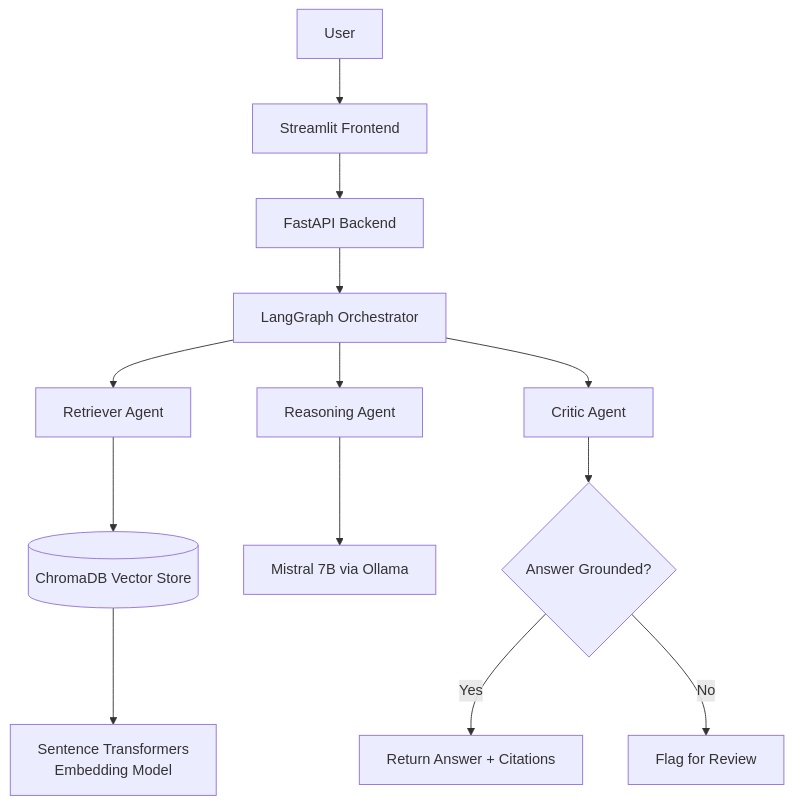
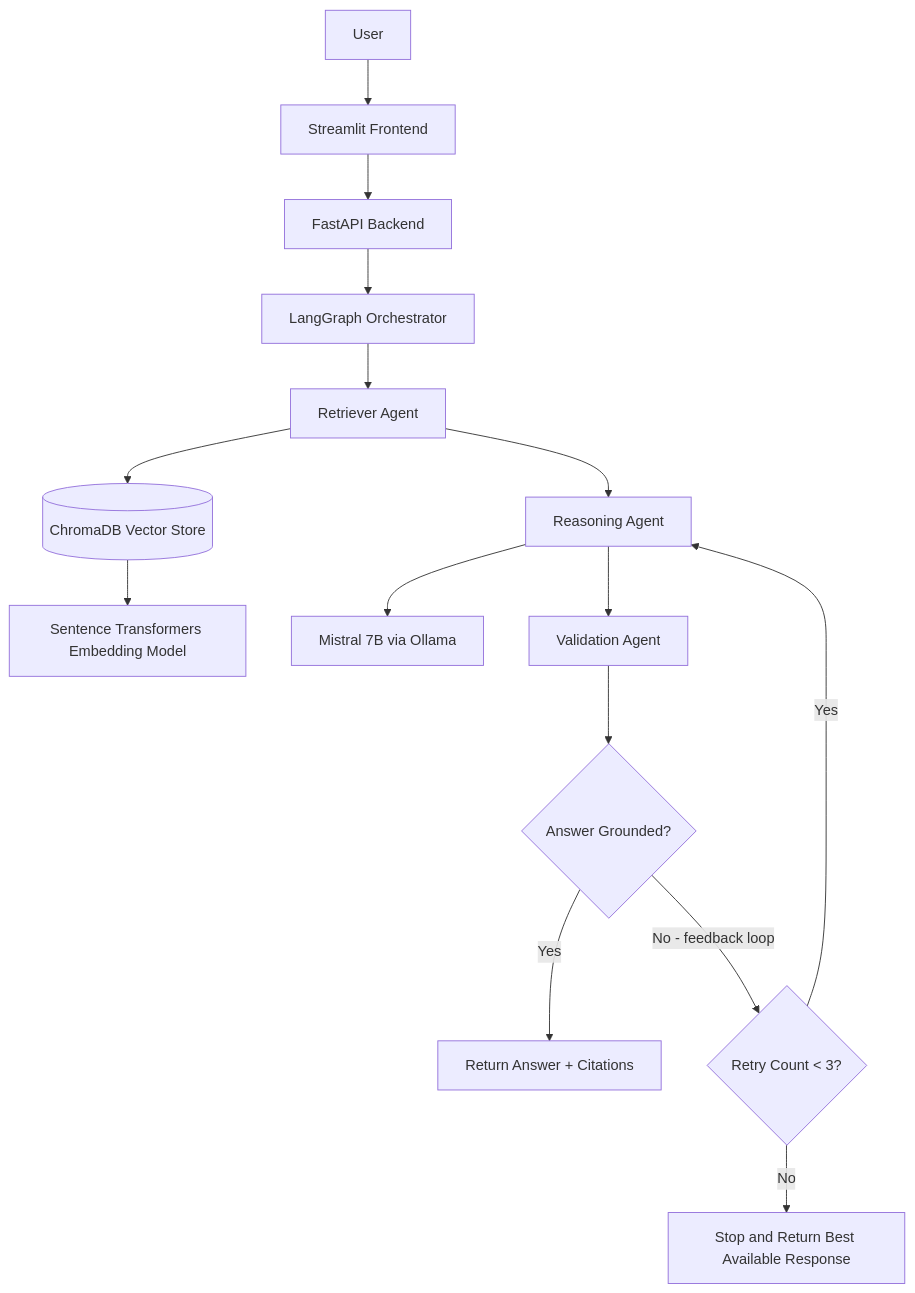
The diagram in README.md (Yazan-ys202110319/Multi-Agent-RAG-System), drawn with Mermaid before and after one commit.

Commit message:
Update memaid in readme

````diff
--- a/README.md
+++ b/README.md
@@ -32,15 +32,22 @@
 ```mermaid
 flowchart TD
     A[User] --> B[Streamlit Frontend]
     B --> C[FastAPI Backend]
     C --> D[LangGraph Orchestrator]
+
     D --> E[Retriever Agent]
-    D --> F[Reasoning Agent]
-    D --> G[Critic Agent]
     E --> H[(ChromaDB Vector Store)]
-    H --> I[Sentence Transformers\nEmbedding Model]
+    H --> I[Sentence Transformers Embedding Model]
+
+    E --> F[Reasoning Agent]
     F --> J[Mistral 7B via Ollama]
+
+    F --> G[Validation Agent]
     G --> K{Answer Grounded?}
+
     K -->|Yes| L[Return Answer + Citations]
-    K -->|No| M[Flag for Review]
+    K -->|No - feedback loop| M{Retry Count < 3?}
+
+    M -->|Yes| F
+    M -->|No| N[Stop and Return Best Available Response]
 ```
````
